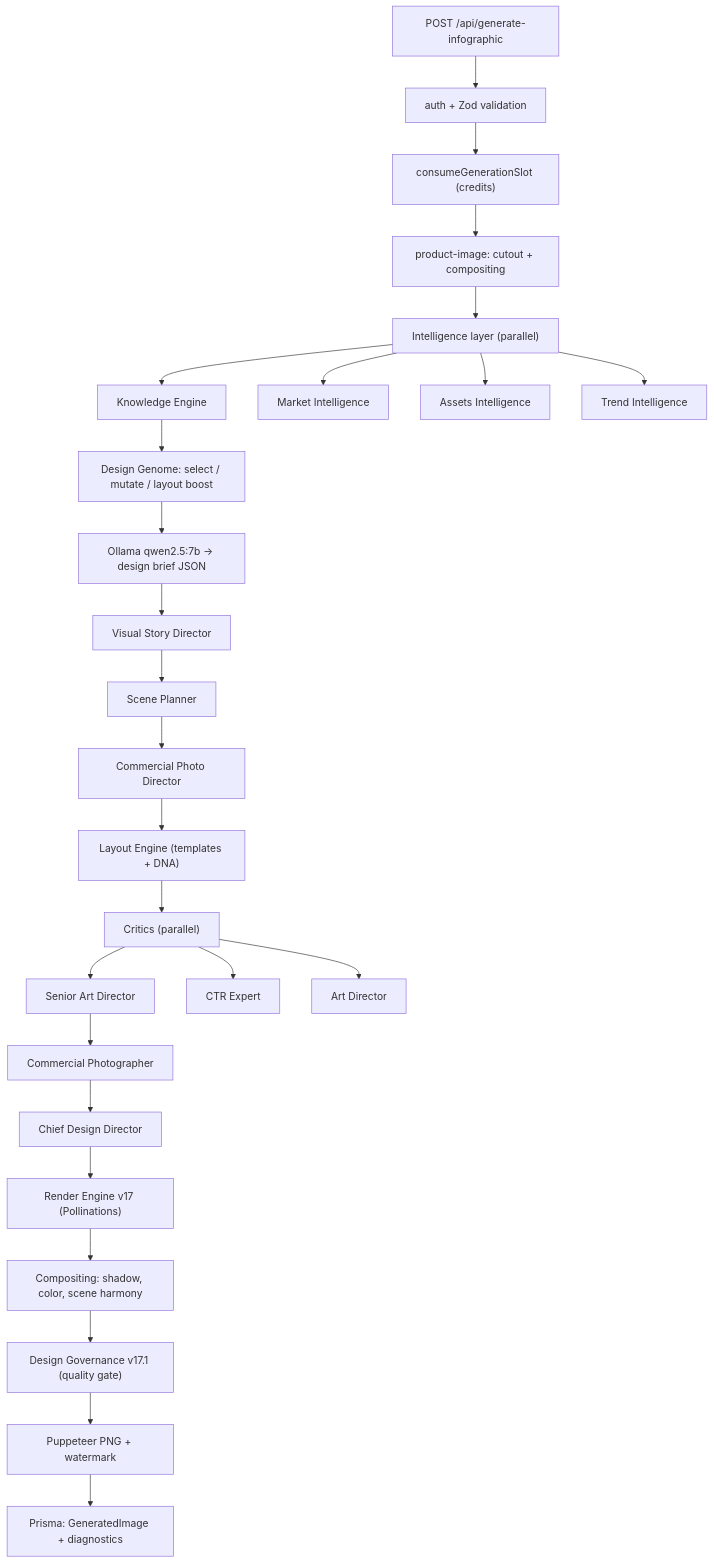
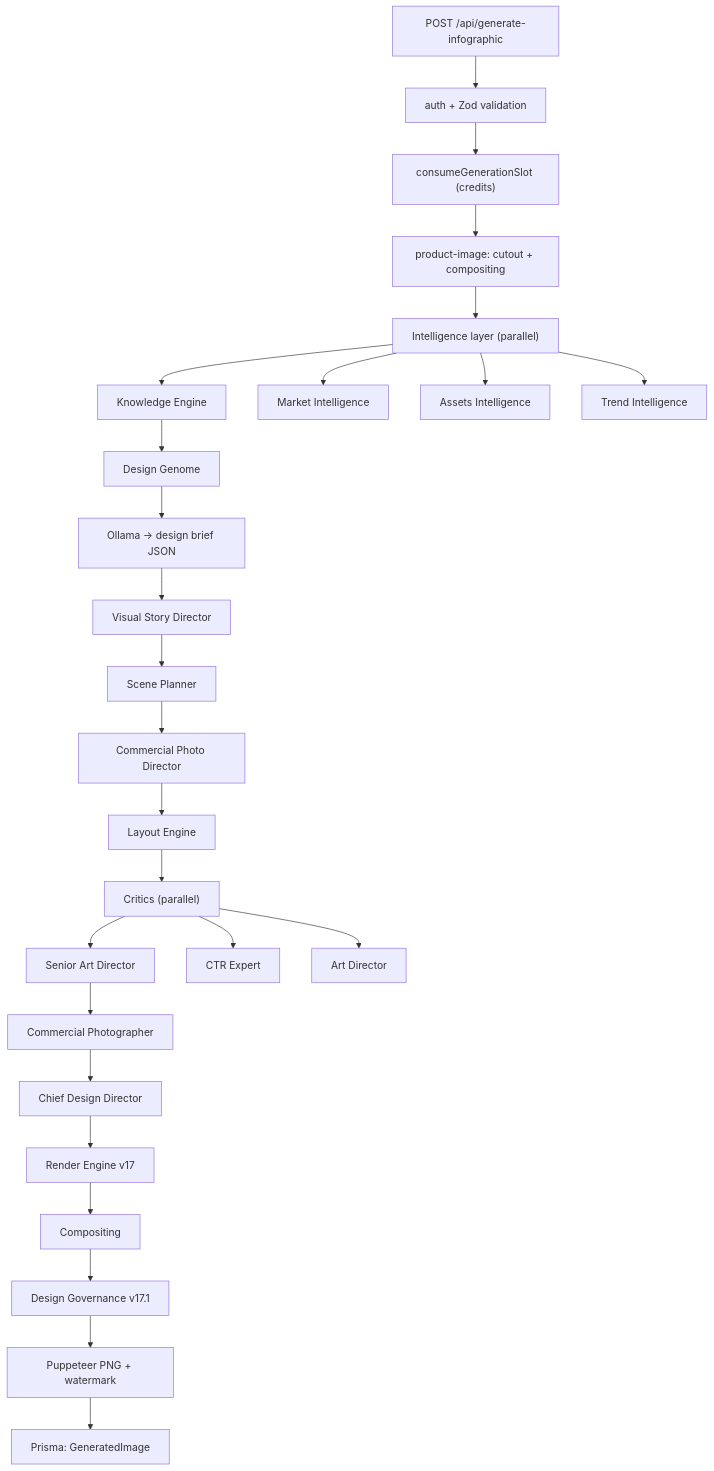
The second of 2 diagrams in docs/Architecture_Bible.md (egmen1-dev/design-ai), drawn with Mermaid before and after one commit. The commit also changed other lines of this file, not shown here.

Commit message:
docs: add Design AI OS Part 1 (manifesto, laws, target pipeline) to Architecture Bible

````diff
--- a/docs/Architecture_Bible.md
+++ b/docs/Architecture_Bible.md
@@ -184,32 +524,32 @@
 ```mermaid
 flowchart TD
     A["POST /api/generate-infographic"] --> B["auth + Zod validation"]
     B --> C["consumeGenerationSlot (credits)"]
     C --> D["product-image: cutout + compositing"]
 
     D --> E["Intelligence layer (parallel)"]
     E --> E1["Knowledge Engine"]
     E --> E2["Market Intelligence"]
     E --> E3["Assets Intelligence"]
     E --> E4["Trend Intelligence"]
 
-    E1 --> F["Design Genome: select / mutate / layout boost"]
-    F --> G["Ollama qwen2.5:7b → design brief JSON"]
+    E1 --> F["Design Genome"]
+    F --> G["Ollama → design brief JSON"]
     G --> H["Visual Story Director"]
     H --> I["Scene Planner"]
     I --> J["Commercial Photo Director"]
-    J --> K["Layout Engine (templates + DNA)"]
+    J --> K["Layout Engine"]
 
     K --> L["Critics (parallel)"]
     L --> L1["Senior Art Director"]
     L --> L2["CTR Expert"]
     L --> L3["Art Director"]
 
     L1 --> M["Commercial Photographer"]
     M --> N["Chief Design Director"]
-    N --> O["Render Engine v17 (Pollinations)"]
-    O --> P["Compositing: shadow, color, scene harmony"]
-    P --> Q["Design Governance v17.1 (quality gate)"]
+    N --> O["Render Engine v17"]
+    O --> P["Compositing"]
+    P --> Q["Design Governance v17.1"]
     Q --> R["Puppeteer PNG + watermark"]
-    R --> S["Prisma: GeneratedImage + diagnostics"]
+    R --> S["Prisma: GeneratedImage"]
 ```
````
